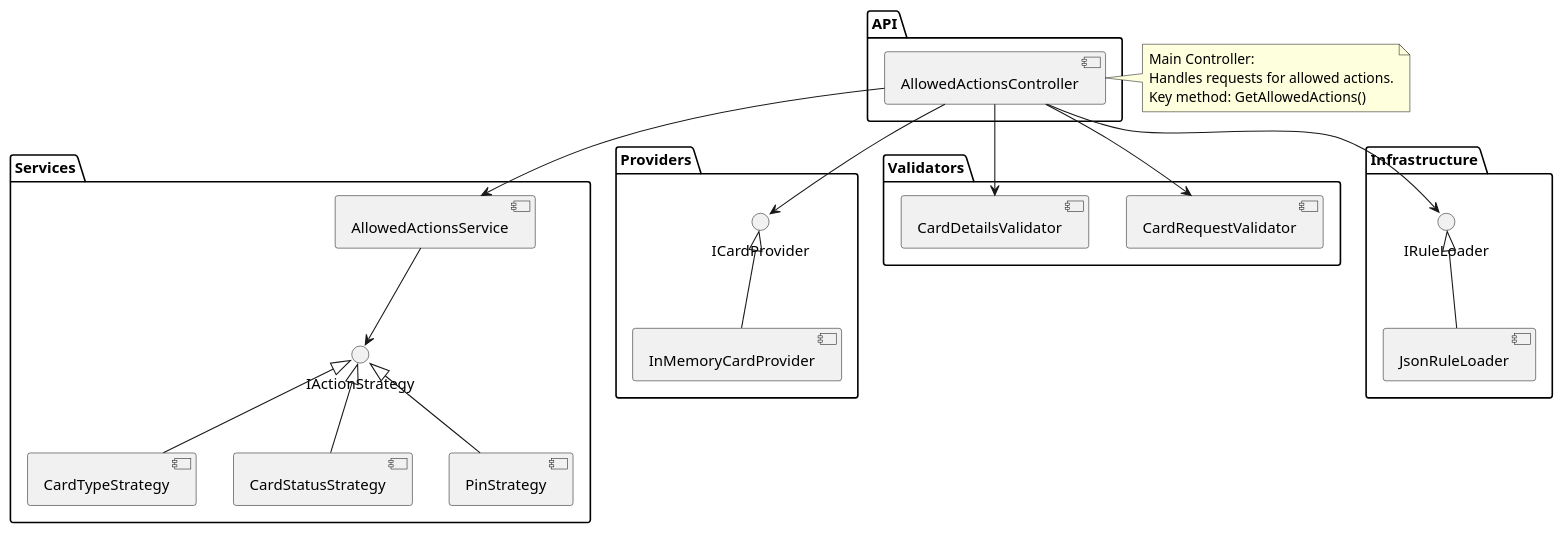
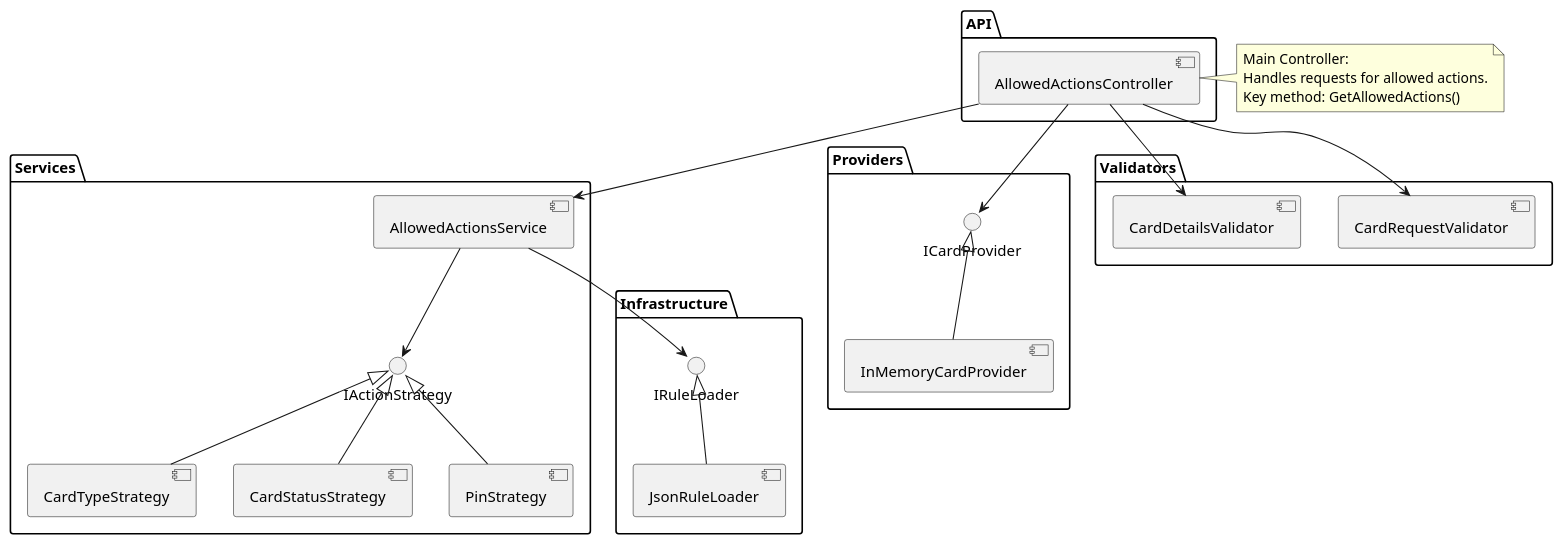
One commit to RusieckiRoland/CardActionMicroservice changed the diagram in CardActionMicroservice/Documents/DiagramsPlantUML/ComponentDiagram.PlantUML. Above: the diagram before and after it, drawn with PlantUML. The commit also changed 3 other files, not shown here.

```diff
--- a/CardActionMicroservice/Documents/DiagramsPlantUML/ComponentDiagram.PlantUML
+++ b/CardActionMicroservice/Documents/DiagramsPlantUML/ComponentDiagram.PlantUML
@@ -1,46 +1,48 @@
 @startuml
 package "API" {
     component AllowedActionsController
 }
 
 package "Services" {
     component AllowedActionsService
     interface IActionStrategy
     component CardTypeStrategy
     component CardStatusStrategy
     component PinStrategy
 }
 
+package "Infrastructure" {
+    interface IRuleLoader
+    component JsonRuleLoader
+}
+
 package "Providers" {
     interface ICardProvider
     component InMemoryCardProvider
 }
 
 package "Validators" {
     component CardRequestValidator
     component CardDetailsValidator
 }
 
-package "Infrastructure" {
-    interface IRuleLoader
-    component JsonRuleLoader
-}
+
 
 note right of AllowedActionsController
     Main Controller:
     Handles requests for allowed actions.
     Key method: GetAllowedActions()
 end note
 
 AllowedActionsController --> AllowedActionsService
 AllowedActionsService --> IActionStrategy
 IActionStrategy <|-- CardTypeStrategy
 IActionStrategy <|-- CardStatusStrategy
 IActionStrategy <|-- PinStrategy
 AllowedActionsController --> ICardProvider
 ICardProvider <|-- InMemoryCardProvider
 AllowedActionsController --> CardRequestValidator
 AllowedActionsController --> CardDetailsValidator
-AllowedActionsController --> IRuleLoader
+AllowedActionsService --> IRuleLoader
 IRuleLoader <|-- JsonRuleLoader
 @enduml
```
